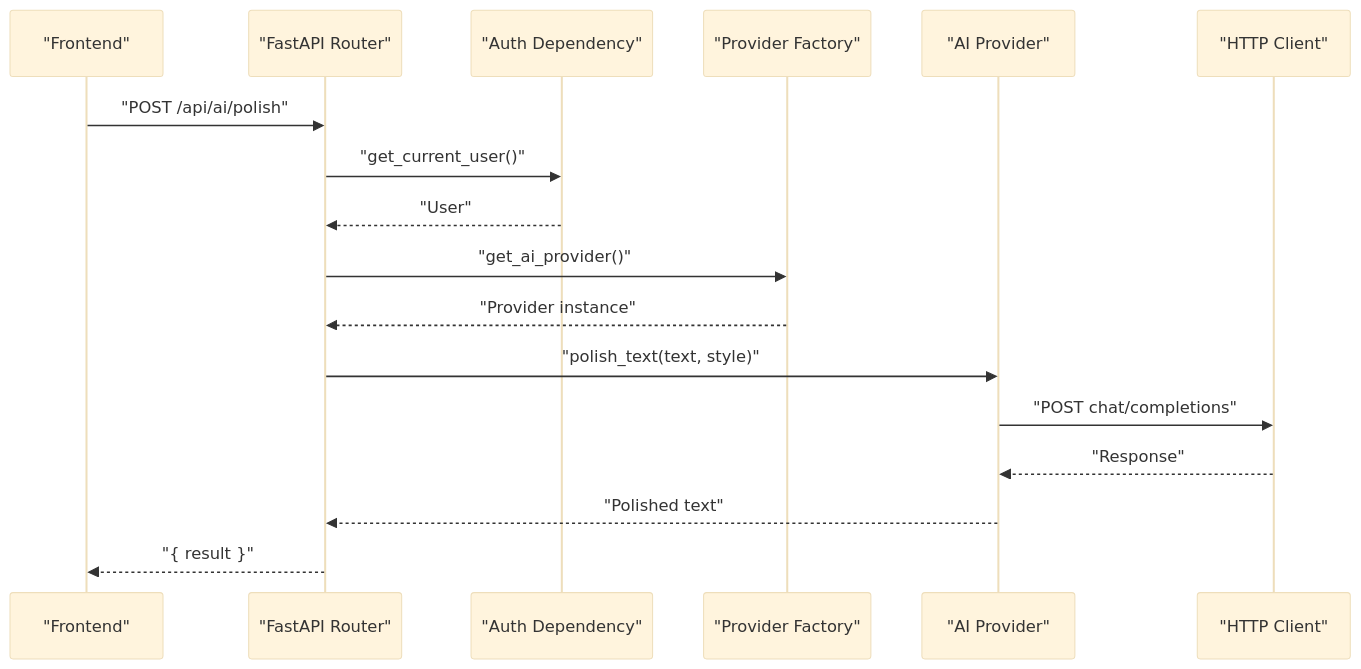
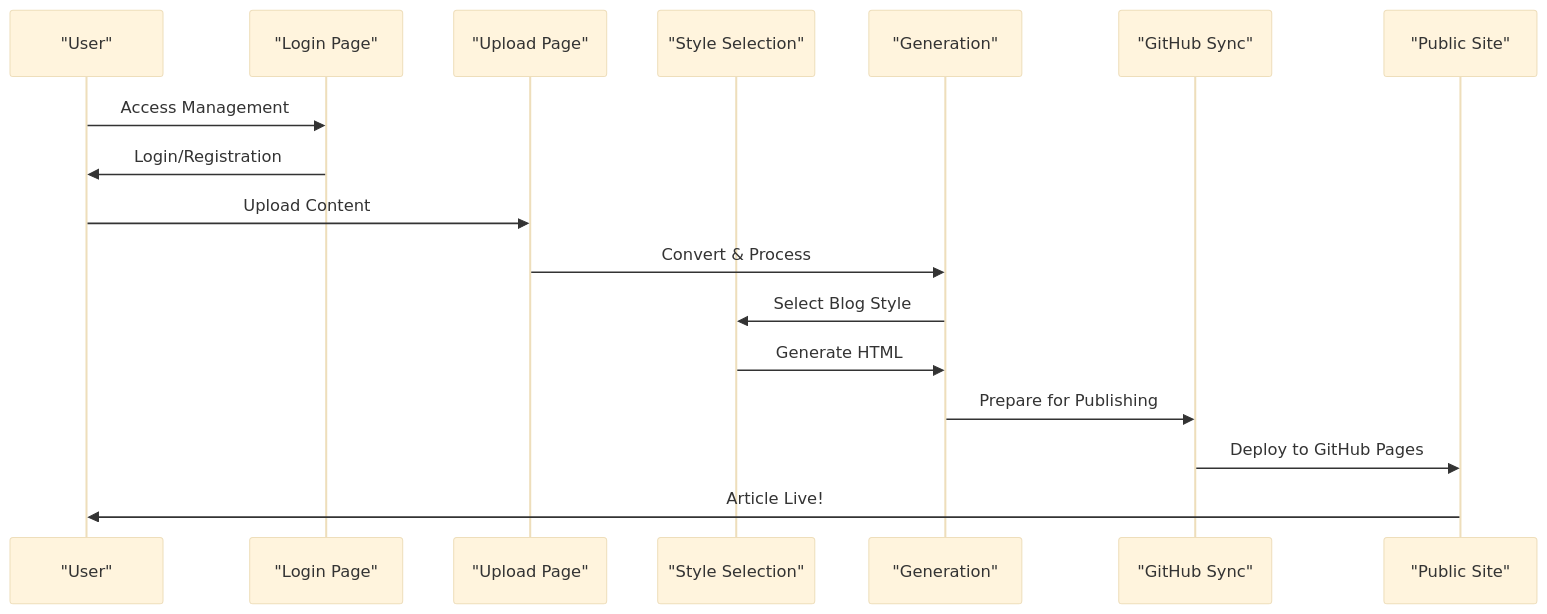
The third of 3 diagrams in .qoder/repowiki/en/content/Backend Application/AI Integration.md (PolarisW007/PolaZhenJing), drawn with Mermaid (base theme) before and after one commit. The commit also changed other lines of this file and 153 other files, not shown here.

````diff
--- a/.qoder/repowiki/en/content/Backend Application/AI Integration.md
+++ b/.qoder/repowiki/en/content/Backend Application/AI Integration.md
@@ -398,19 +204,19 @@
 ```mermaid
 sequenceDiagram
-participant FE as "Frontend"
-participant API as "FastAPI Router"
-participant AUTH as "Auth Dependency"
-participant FACT as "Provider Factory"
-participant PROV as "AI Provider"
-participant HTTP as "HTTP Client"
-FE->>API : "POST /api/ai/polish"
-API->>AUTH : "get_current_user()"
-AUTH-->>API : "User"
-API->>FACT : "get_ai_provider()"
-FACT-->>API : "Provider instance"
-API->>PROV : "polish_text(text, style)"
-PROV->>HTTP : "POST chat/completions"
-HTTP-->>PROV : "Response"
-PROV-->>API : "Polished text"
-API-->>FE : "{ result }"
+participant User as "User"
+participant Login as "Login Page"
+participant Upload as "Upload Page"
+participant Style as "Style Selection"
+participant Gen as "Generation"
+participant Sync as "GitHub Sync"
+participant Site as "Public Site"
+User->>Login : Access Management
+Login->>User : Login/Registration
+User->>Upload : Upload Content
+Upload->>Gen : Convert & Process
+Gen->>Style : Select Blog Style
+Style->>Gen : Generate HTML
+Gen->>Sync : Prepare for Publishing
+Sync->>Site : Deploy to GitHub Pages
+Site->>User : Article Live!
 ```
````
